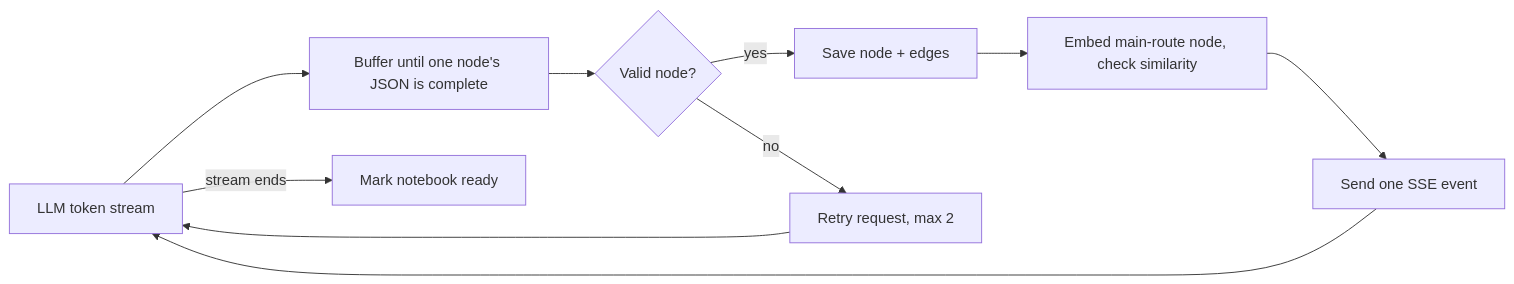
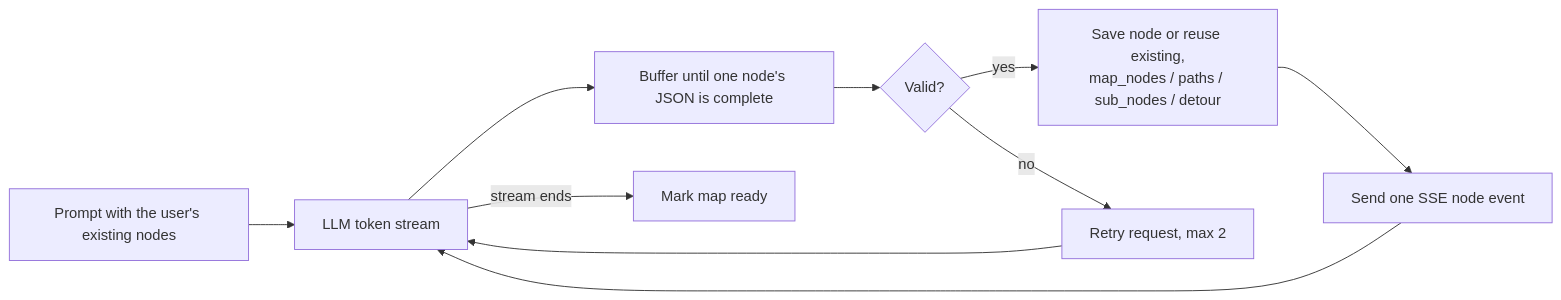
One commit to ryuma-1/Campass changed the second of 2 diagrams in .claude/rules/code/backend.md. Above: the diagram before and after it, drawn with Mermaid. The commit also changed other lines of this file and 6 other files, not shown here.

````diff
--- a/.claude/rules/code/backend.md
+++ b/.claude/rules/code/backend.md
@@ -38,11 +36,11 @@
 ```mermaid
 graph LR
-    A[LLM token stream] --> B[Buffer until one node's JSON is complete]
-    B --> C{Valid node?}
-    C -->|yes| D[Save node + edges]
+    P[Prompt with the user's existing nodes] --> A[LLM token stream]
+    A --> B[Buffer until one node's JSON is complete]
+    B --> C{Valid?}
+    C -->|yes| D[Save node or reuse existing,<br/>map_nodes / paths / sub_nodes / detour]
     C -->|no| R[Retry request, max 2] --> A
-    D --> E[Embed main-route node, check similarity]
-    E --> F[Send one SSE event]
+    D --> F[Send one SSE node event]
     F --> A
-    A -->|stream ends| G[Mark notebook ready]
+    A -->|stream ends| G[Mark map ready]
 ```
````
